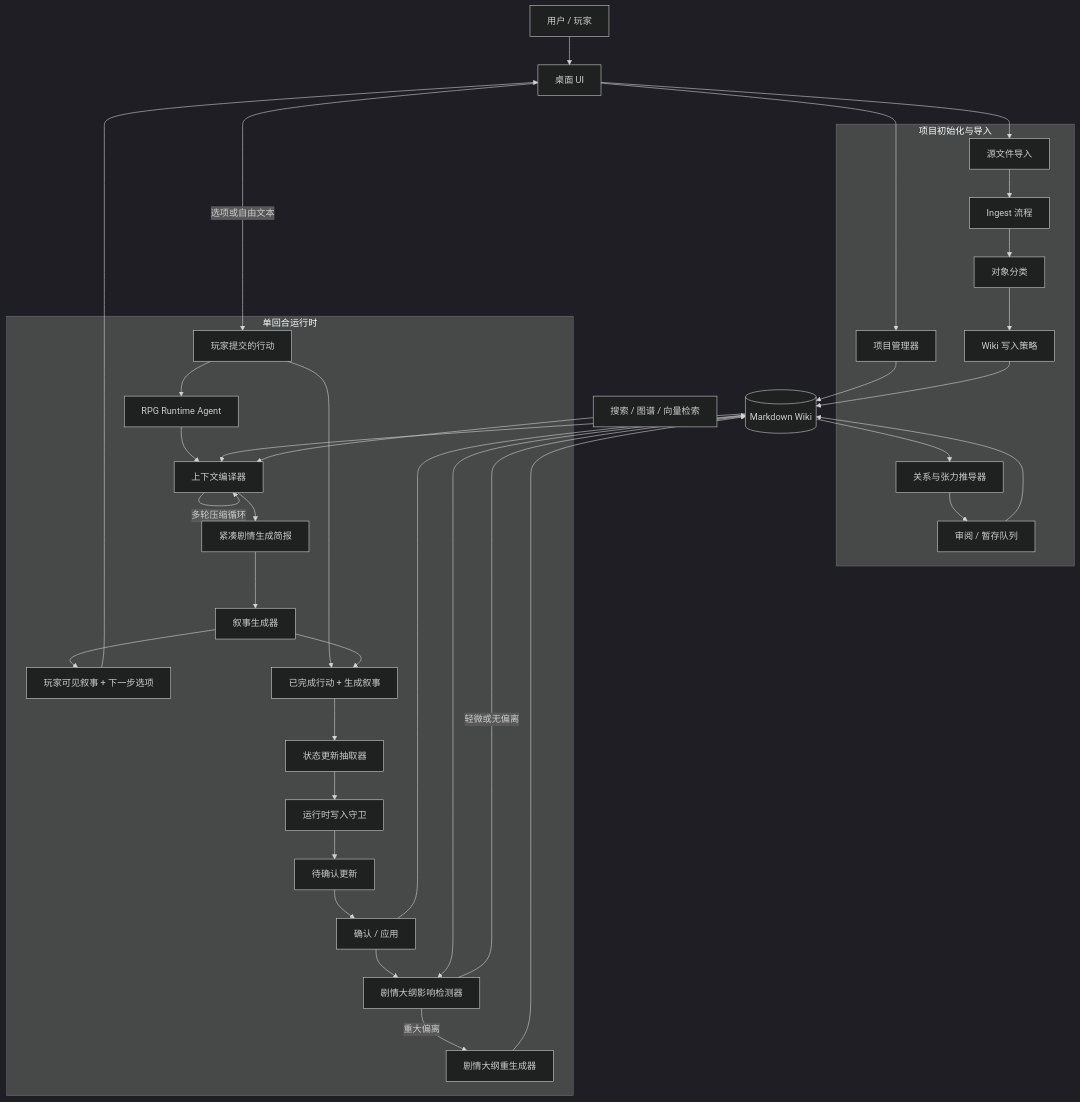
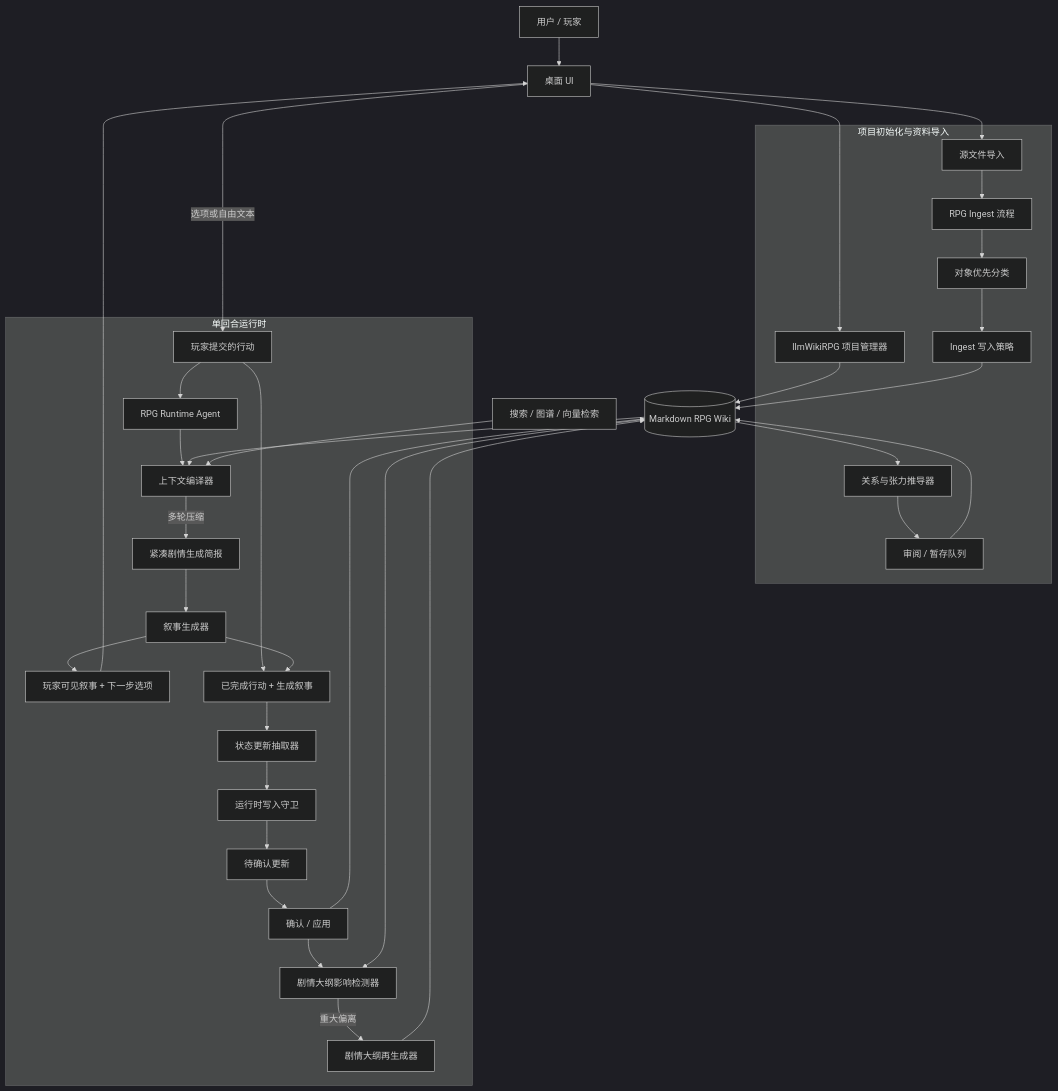
Before and after one commit to LongzeLaura/llm_wiki: the diagram in docs/LLMWIKIRPG_FINAL_ARCHITECTURE.md, drawn with Mermaid (dark theme). The commit also changed other lines of this file and 88 other files, not shown here.

Commit message:
Prepare llmWikiRPG v0.3

````diff
--- a/docs/LLMWIKIRPG_FINAL_ARCHITECTURE.md
+++ b/docs/LLMWIKIRPG_FINAL_ARCHITECTURE.md
@@ -17,67 +82,65 @@
 ```mermaid
 flowchart TB
   User[用户 / 玩家] --> UI[桌面 UI]
-  Wiki[(Markdown Wiki)]
+  Wiki[(Markdown RPG Wiki)]
 
-  subgraph Setup[项目初始化与导入]
-    Project[项目管理器]
+  subgraph Setup[项目初始化与资料导入]
+    Project[llmWikiRPG 项目管理器]
     Import[源文件导入]
-    Ingest[Ingest 流程]
-    Classify[对象分类]
-    WritePolicy[Wiki 写入策略]
+    Ingest[RPG Ingest 流程]
+    Classify[对象优先分类]
+    WritePolicy[Ingest 写入策略]
     Derive[关系与张力推导器]
     Review[审阅 / 暂存队列]
   end
 
   UI --> Project
   Project --> Wiki
   UI --> Import
   Import --> Ingest
   Ingest --> Classify
   Classify --> WritePolicy
   WritePolicy --> Wiki
   Wiki --> Derive
   Derive --> Review
   Review --> Wiki
 
   subgraph PlayTurn[单回合运行时]
     SubmittedAction[玩家提交的行动]
     Runtime[RPG Runtime Agent]
     Context[上下文编译器]
     Brief[紧凑剧情生成简报]
     Narration[叙事生成器]
     TurnResult[玩家可见叙事 + 下一步选项]
     TurnRecord[已完成行动 + 生成叙事]
     UpdateExtract[状态更新抽取器]
     RuntimeGuard[运行时写入守卫]
     StagedUpdates[待确认更新]
     Apply[确认 / 应用]
     OutlineImpact[剧情大纲影响检测器]
-    Replan[剧情大纲重生成器]
+    Replan[剧情大纲再生成器]
   end
 
   UI -->|选项或自由文本| SubmittedAction
   SubmittedAction --> Runtime
   Runtime --> Context
   Wiki --> Context
   Search[搜索 / 图谱 / 向量检索] --> Context
-  Context -->|多轮压缩循环| Context
-  Context --> Brief
+  Context -->|多轮压缩| Brief
   Brief --> Narration
   Narration --> TurnResult
   TurnResult --> UI
 
   SubmittedAction --> TurnRecord
   Narration --> TurnRecord
   TurnRecord --> UpdateExtract
   UpdateExtract --> RuntimeGuard
   RuntimeGuard --> StagedUpdates
   StagedUpdates --> Apply
   Apply --> Wiki
 
   Apply --> OutlineImpact
   Wiki --> OutlineImpact
   OutlineImpact -->|重大偏离| Replan
   Replan --> Wiki
-  OutlineImpact -->|轻微或无偏离| Wiki
 ```
````
